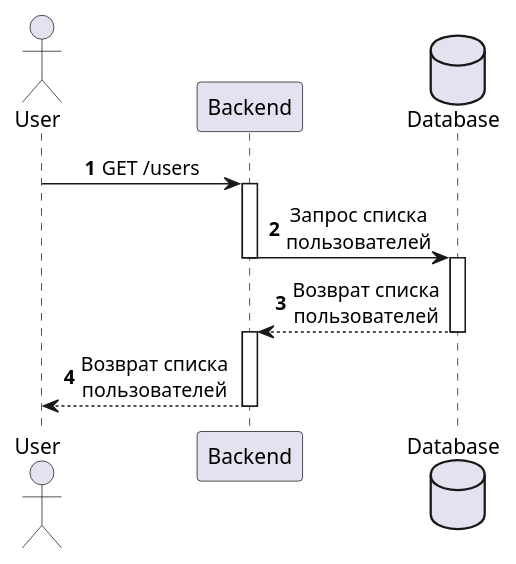
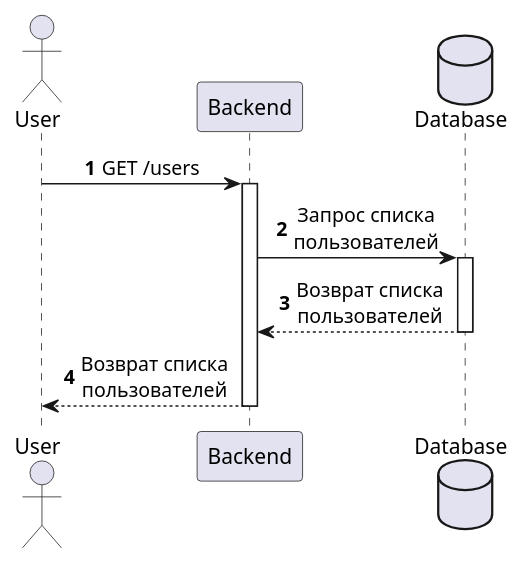
Before and after one commit to LuchnikKek/Test_assignment: the diagram in docs/endpoints/users/get_all.puml, drawn with PlantUML. The commit also changed 1 other file, not shown here.

Commit message:
Исправлен span Backend

```diff
--- a/docs/endpoints/users/get_all.puml
+++ b/docs/endpoints/users/get_all.puml
@@ -1,15 +1,15 @@
 @startuml
 actor       User
 participant Backend
 database    Database
 
 autonumber
 skinparam DefaultTextAlignment center
 skinparam maxMessageSize 130
 
 User        -> Backend      ++ : GET /users
-Backend     -> Database     --++ : Запрос списка пользователей
-Database    --> Backend     --++ : Возврат списка пользователей
+Backend     -> Database     ++ : Запрос списка пользователей
+Database    --> Backend     -- : Возврат списка пользователей
 Backend     --> User        -- : Возврат списка пользователей
 
 @enduml
```
